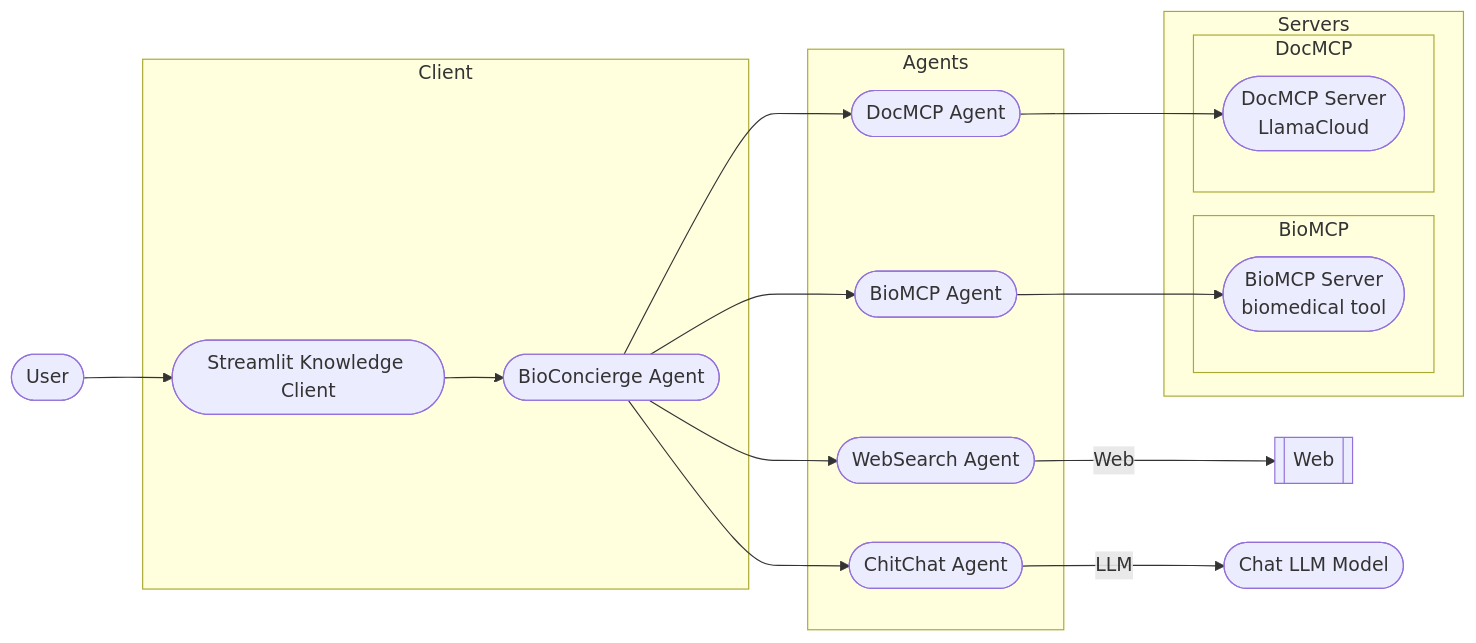
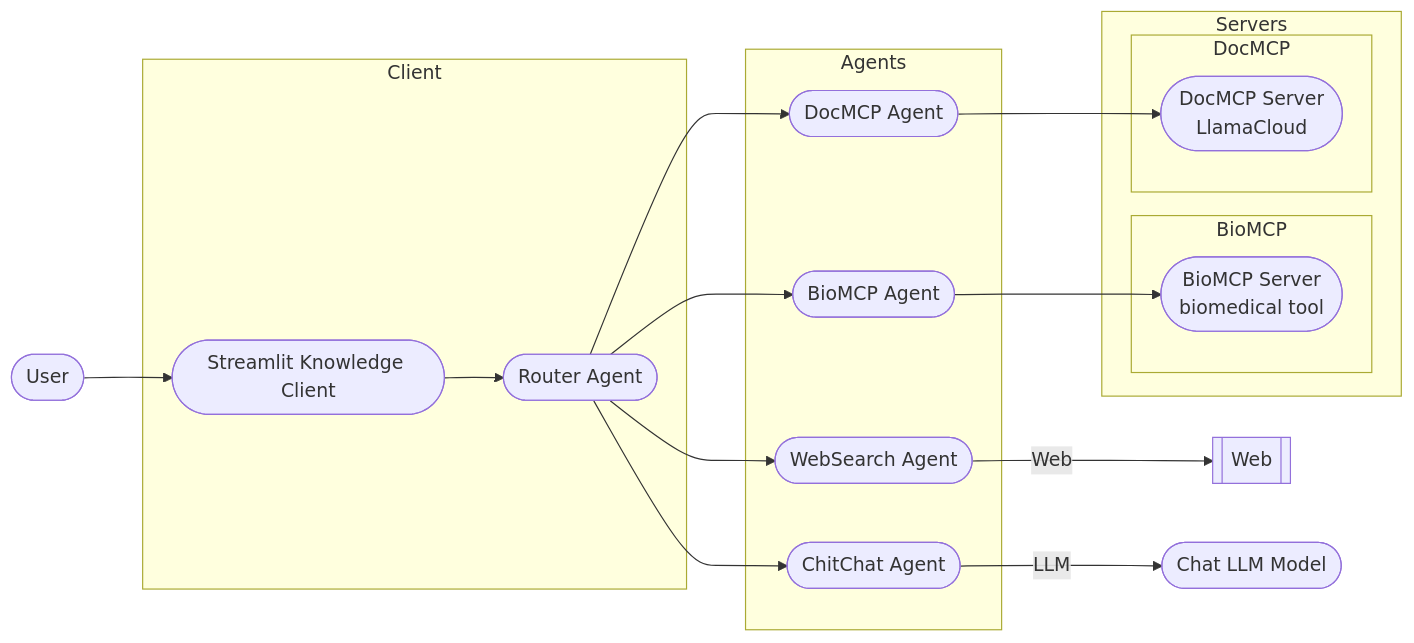
The first of 4 diagrams in README.md (theodoremui/bioreasoning), drawn with Mermaid before and after one commit. The commit also changed other lines of this file and 14 other files, not shown here.

Commit message:
Working version of BioRouterAgent

````diff
--- a/README.md
+++ b/README.md
@@ -59,35 +59,35 @@
 ```mermaid
 flowchart LR
     User([User])
     subgraph Client
         UI([Streamlit Knowledge Client])
-        Concierge([BioConcierge Agent])
+        Concierge([Router Agent])
     end
 
     subgraph Servers
         subgraph BioMCP
             BioMCPServer([BioMCP Server<br/>biomedical tool])
         end
         subgraph DocMCP
             DocMCPServer([DocMCP Server<br/>LlamaCloud])
         end
     end
 
     subgraph Agents
         A1([BioMCP Agent])
         A2([DocMCP Agent])
         A3([WebSearch Agent])
         A4([ChitChat Agent])
     end
 
     User --> UI
     UI --> Concierge
     Concierge --> A1
     Concierge --> A2
     Concierge --> A3
     Concierge --> A4
     A1 --> BioMCPServer
     A2 --> DocMCPServer
     A3 -->|Web| Internet[[Web]]
     A4 -->|LLM| LLM([Chat LLM Model])
 ```
````
